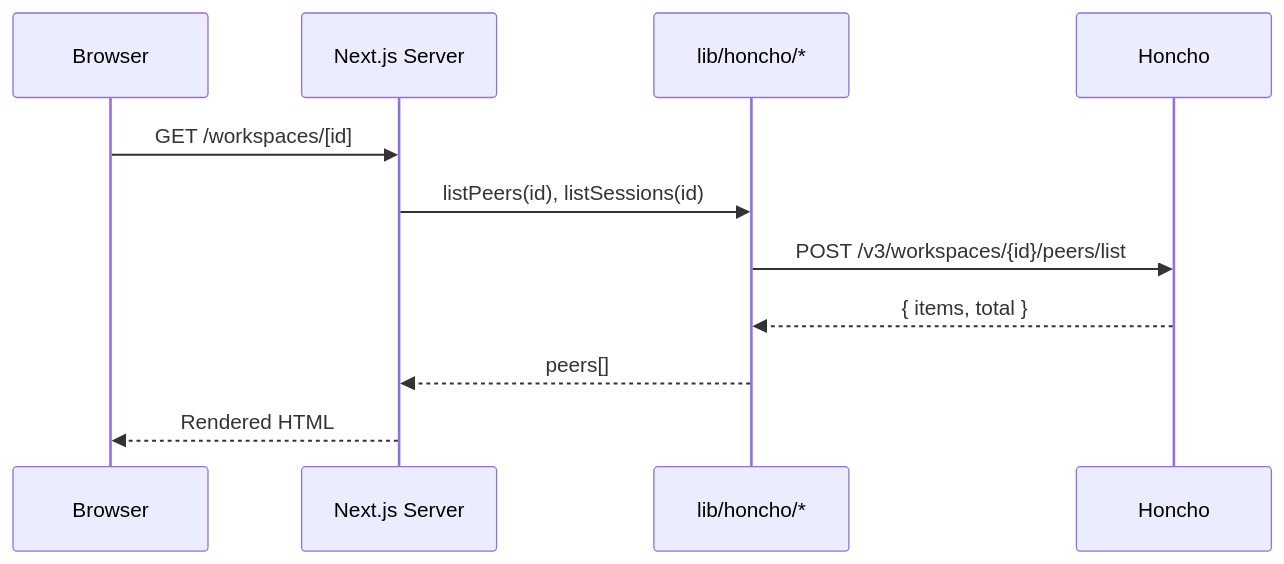
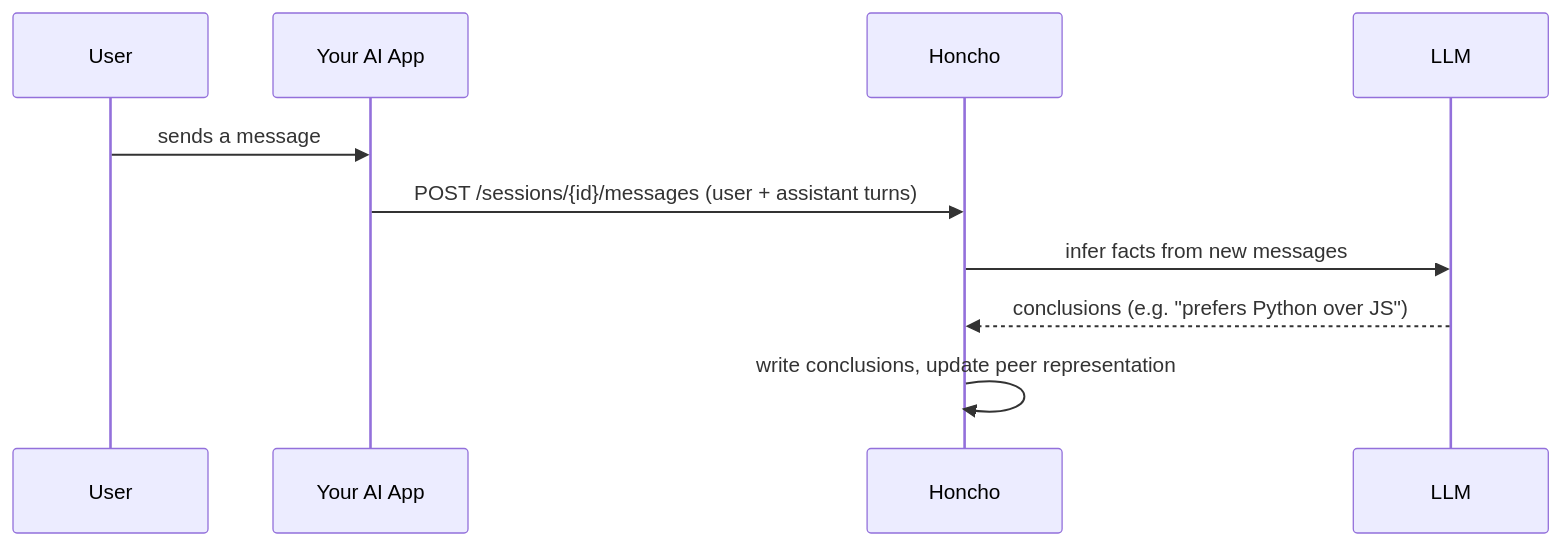
One commit to samrocksc/honcho-mcdesktop changed the first of 3 diagrams in README.md. Above: the diagram before and after it, drawn with Mermaid. The commit also changed other lines of this file and 1 other file, not shown here.

First line of the commit message:
docs: revise README, move architecture to .agents/docs/

````diff
--- a/README.md
+++ b/README.md
@@ -99,14 +81,13 @@
 ```mermaid
 sequenceDiagram
-    participant Browser
-    participant Next.js as Next.js Server
-    participant lib as lib/honcho/*
+    participant User
+    participant YourApp as Your AI App
     participant Honcho
+    participant LLM
 
-    Browser->>Next.js: GET /workspaces/[id]
-    Next.js->>lib: listPeers(id), listSessions(id)
-    lib->>Honcho: POST /v3/workspaces/{id}/peers/list
-    Honcho-->>lib: { items, total }
-    lib-->>Next.js: peers[]
-    Next.js-->>Browser: Rendered HTML
+    User->>YourApp: sends a message
+    YourApp->>Honcho: POST /sessions/{id}/messages (user + assistant turns)
+    Honcho->>LLM: infer facts from new messages
+    LLM-->>Honcho: conclusions (e.g. "prefers Python over JS")
+    Honcho->>Honcho: write conclusions, update peer representation
 ```
````
